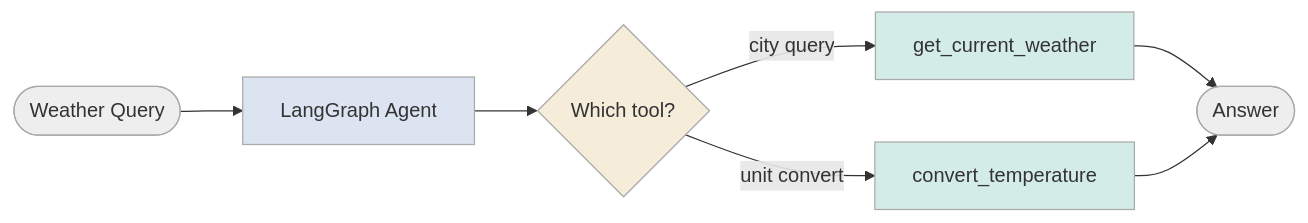
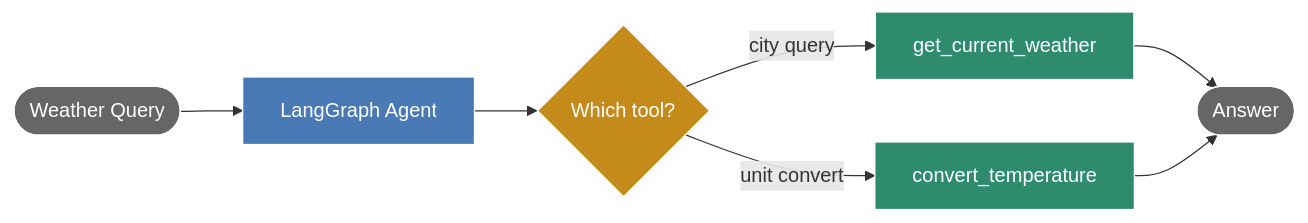
Before and after one commit to inbravo/agent-bench: the diagram in reasoning/[tool-use]-[langgraph]-[ollama]/README.md, drawn with Mermaid. The commit also changed 10 other files, not shown here.

First line of the commit message:
fix: improve Mermaid diagram contrast for GitHub dark mode

````diff
--- a/reasoning/[tool-use]-[langgraph]-[ollama]/README.md
+++ b/reasoning/[tool-use]-[langgraph]-[ollama]/README.md
@@ -8,16 +8,16 @@
 ```mermaid
 flowchart LR
     A([Weather Query]) --> B[LangGraph Agent]
     B --> C{Which tool?}
     C -- city query --> D[get_current_weather]
     C -- unit convert --> E[convert_temperature]
     D --> F([Answer])
     E --> F
 
-    style A fill:#eeeeee,stroke:#aaa
-    style B fill:#dbe4f0,stroke:#aaa
-    style C fill:#f5edda,stroke:#aaa
-    style D fill:#d4ece8,stroke:#aaa
-    style E fill:#d4ece8,stroke:#aaa
-    style F fill:#eeeeee,stroke:#aaa
+    style A fill:#666666,stroke:#fff,color:#fff
+    style B fill:#4a7ab5,stroke:#fff,color:#fff
+    style C fill:#c48a1a,stroke:#fff,color:#fff
+    style D fill:#2e8b6e,stroke:#fff,color:#fff
+    style E fill:#2e8b6e,stroke:#fff,color:#fff
+    style F fill:#666666,stroke:#fff,color:#fff
 ```
````
